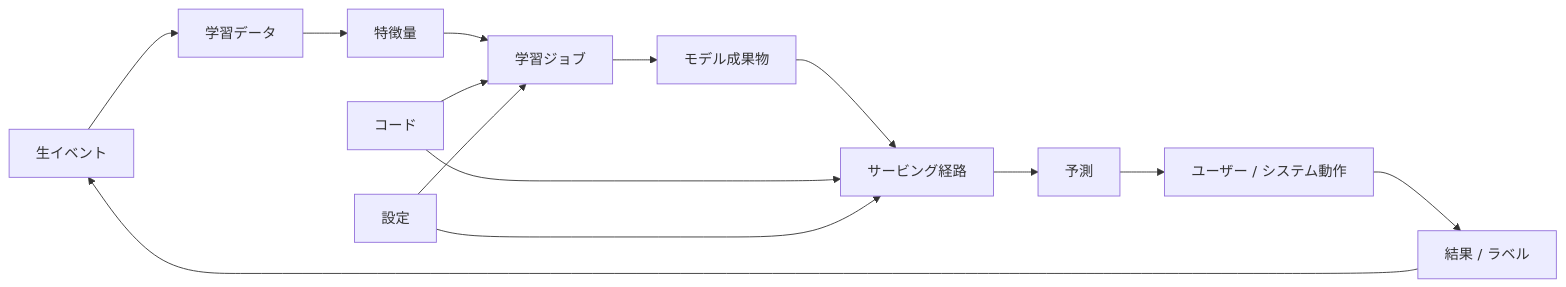
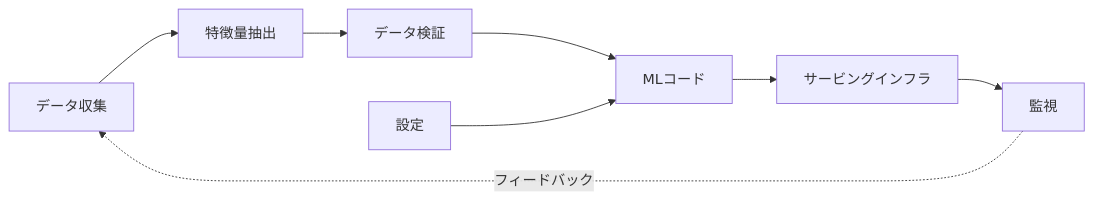
The first of 2 diagrams in ja/16-ml-systems/01-ml-system-fundamentals.md (binarydevelop/system-design-patterns), drawn with Mermaid before and after one commit. The commit also changed other lines of this file and 3 other files, not shown here.

````diff
--- a/ja/16-ml-systems/01-ml-system-fundamentals.md
+++ b/ja/16-ml-systems/01-ml-system-fundamentals.md
@@ -13,17 +17,10 @@
 ```mermaid
 flowchart LR
-    RAW["生イベント"] --> DATA["学習データ"]
-    DATA --> FEAT["特徴量"]
-    FEAT --> TRAIN["学習ジョブ"]
-    TRAIN --> MODEL["モデル成果物"]
-    MODEL --> SERVE["サービング経路"]
-    SERVE --> PRED["予測"]
-    PRED --> USER["ユーザー / システム動作"]
-    USER --> FEEDBACK["結果 / ラベル"]
-    FEEDBACK --> RAW
-
-    CODE["コード"] --> TRAIN
-    CODE --> SERVE
-    CONFIG["設定"] --> TRAIN
-    CONFIG --> SERVE
+    DC["データ収集"] --> FE["特徴量抽出"]
+    FE --> DV["データ検証"]
+    DV --> ML["MLコード"]
+    CFG["設定"] --> ML
+    ML --> SI["サービングインフラ"]
+    SI --> MON["監視"]
+    MON -.->|フィードバック| DC
 ```
````
